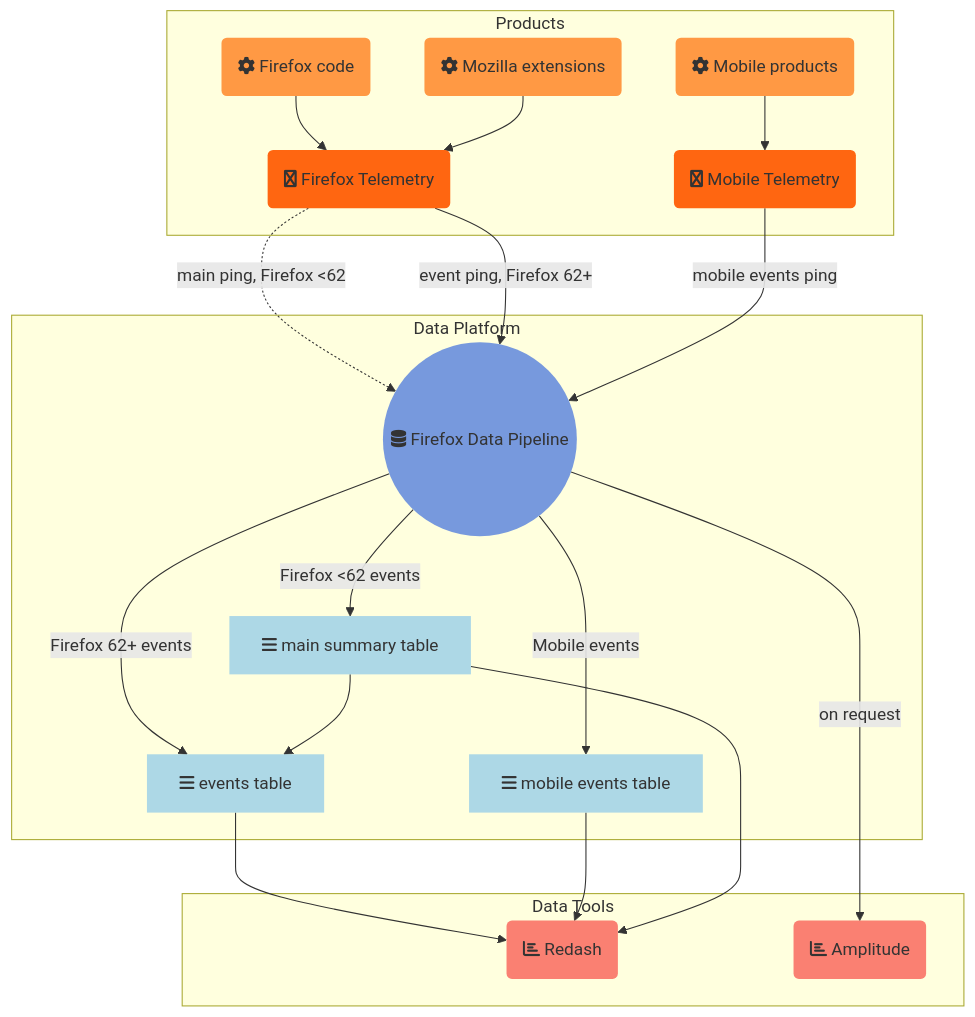
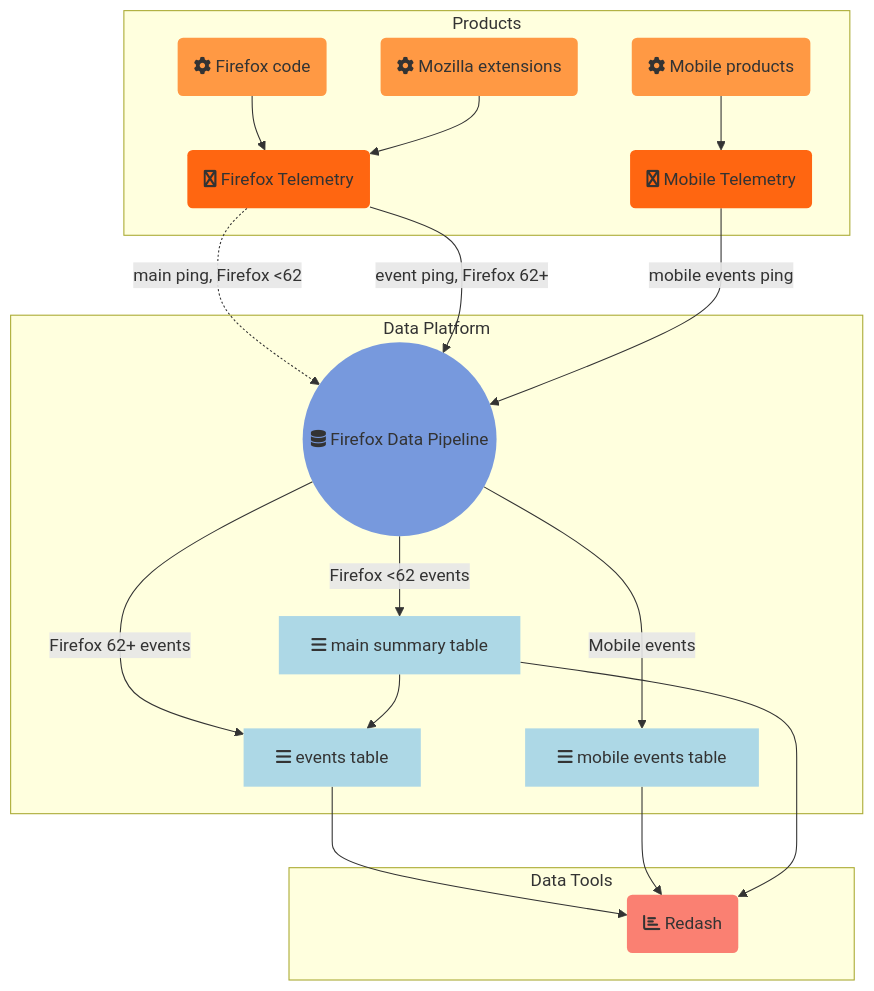
One commit to mozilla/data-docs changed the diagram in src/concepts/pipeline/event_pipeline.md. Above: the diagram before and after it, drawn with Mermaid. The commit also changed other lines of this file and 1 other file, not shown here.

First line of the commit message:
Remove link to amplitude login (and related content)

````diff
--- a/src/concepts/pipeline/event_pipeline.md
+++ b/src/concepts/pipeline/event_pipeline.md
@@ -6,38 +6,36 @@
 ```mermaid
 graph TD
 
 subgraph Products
 fx_code(fa:fa-cog Firefox code) --> firefox(fa:fa-firefox Firefox Telemetry)
 fx_extensions(fa:fa-cog Mozilla extensions) --> firefox
 mobile(fa:fa-cog Mobile products) --> mobile_telemetry(fa:fa-firefox Mobile Telemetry)
 end
 
 subgraph Data Platform
 firefox -.->|main ping, Firefox <62| pipeline((fa:fa-database Firefox Data Pipeline))
 firefox -->|event ping, Firefox 62+| pipeline
 mobile_telemetry --> |mobile events ping| pipeline
 pipeline -->|Firefox <62 events| main_summary[fa:fa-bars main summary table]
 pipeline -->|Firefox 62+ events| events_table[fa:fa-bars events table]
 main_summary --> events_table
 pipeline -->|Mobile events| mobile_events_table[fa:fa-bars mobile events table]
 end
 
 subgraph Data Tools
 events_table --> redash
 mobile_events_table --> redash
 main_summary --> redash(fa:fa-bar-chart Redash)
-pipeline -->|on request| amplitude(fa:fa-bar-chart Amplitude)
 end
 
 style fx_code fill:#f94,stroke-width:0px
 style fx_extensions fill:#f94,stroke-width:0px
 style mobile fill:#f94,stroke-width:0px
 style firefox fill:#f61,stroke-width:0px
 style mobile_telemetry fill:#f61,stroke-width:0px
 style pipeline fill:#79d,stroke-width:0px
 style main_summary fill:lightblue,stroke-width:0px
 style events_table fill:lightblue,stroke-width:0px
 style mobile_events_table fill:lightblue,stroke-width:0px
 style redash fill:salmon,stroke-width:0px
-style amplitude fill:salmon,stroke-width:0px
 ```
````
